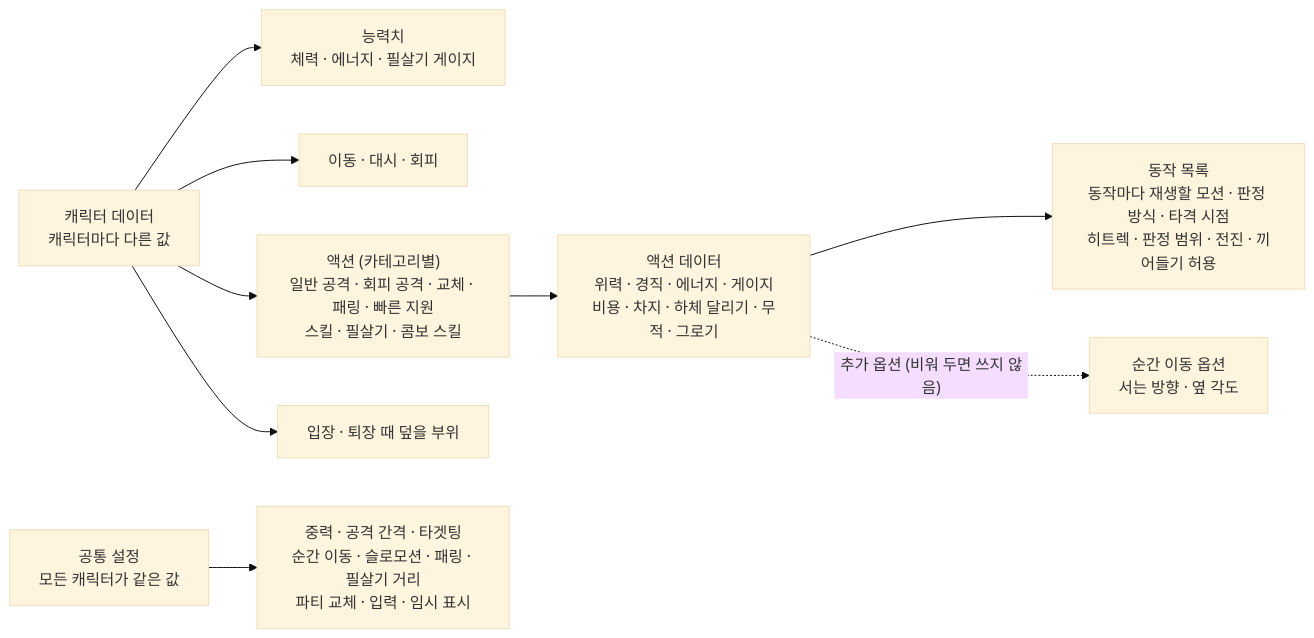
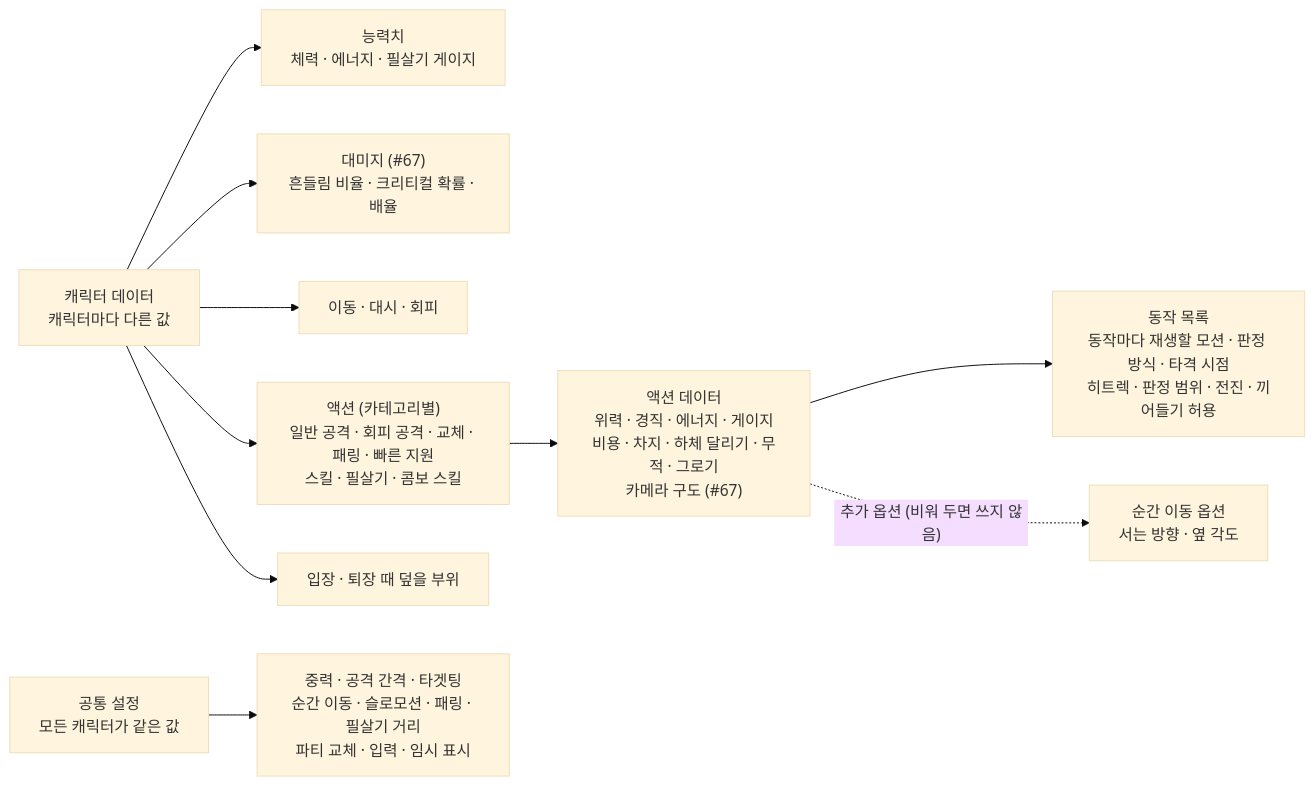
One commit to SquashPrince/Develrocket_mp15_HHH changed the third of 6 diagrams in Docs/Technical/Player/PlayerStructure.md. Above: the diagram before and after it, drawn with Mermaid (base theme). The commit also changed other lines of this file and 48 other files, not shown here.

First line of the commit message:
[Docs] 카메라 워크 · 대미지 흔들림 기술 문서 갱신

````diff
--- a/Docs/Technical/Player/PlayerStructure.md
+++ b/Docs/Technical/Player/PlayerStructure.md
@@ -89,11 +90,12 @@
 ```mermaid
 flowchart LR
     CH["캐릭터 데이터<br>캐릭터마다 다른 값"] --> STT["능력치<br>체력 · 에너지 · 필살기 게이지"]
+    CH --> DM["대미지 (#67)<br>흔들림 비율 · 크리티컬 확률 · 배율"]
     CH --> MV["이동 · 대시 · 회피"]
     CH --> AC["액션 (카테고리별)<br>일반 공격 · 회피 공격 · 교체 · 패링 · 빠른 지원<br>스킬 · 필살기 · 콤보 스킬"]
     CH --> SW["입장 · 퇴장 때 덮을 부위"]
-    AC --> AD["액션 데이터<br>위력 · 경직 · 에너지 · 게이지<br>비용 · 차지 · 하체 달리기 · 무적 · 그로기"]
+    AC --> AD["액션 데이터<br>위력 · 경직 · 에너지 · 게이지<br>비용 · 차지 · 하체 달리기 · 무적 · 그로기<br>카메라 구도 (#67)"]
     AD --> STP["동작 목록<br>동작마다 재생할 모션 · 판정 방식 · 타격 시점<br>히트렉 · 판정 범위 · 전진 · 끼어들기 허용"]
     AD -.->|"추가 옵션 (비워 두면 쓰지 않음)"| OP["순간 이동 옵션<br>서는 방향 · 옆 각도"]
     CS["공통 설정<br>모든 캐릭터가 같은 값"] --> R["중력 · 공격 간격 · 타겟팅<br>순간 이동 · 슬로모션 · 패링 · 필살기 거리<br>파티 교체 · 입력 · 임시 표시"]
 ```
````
